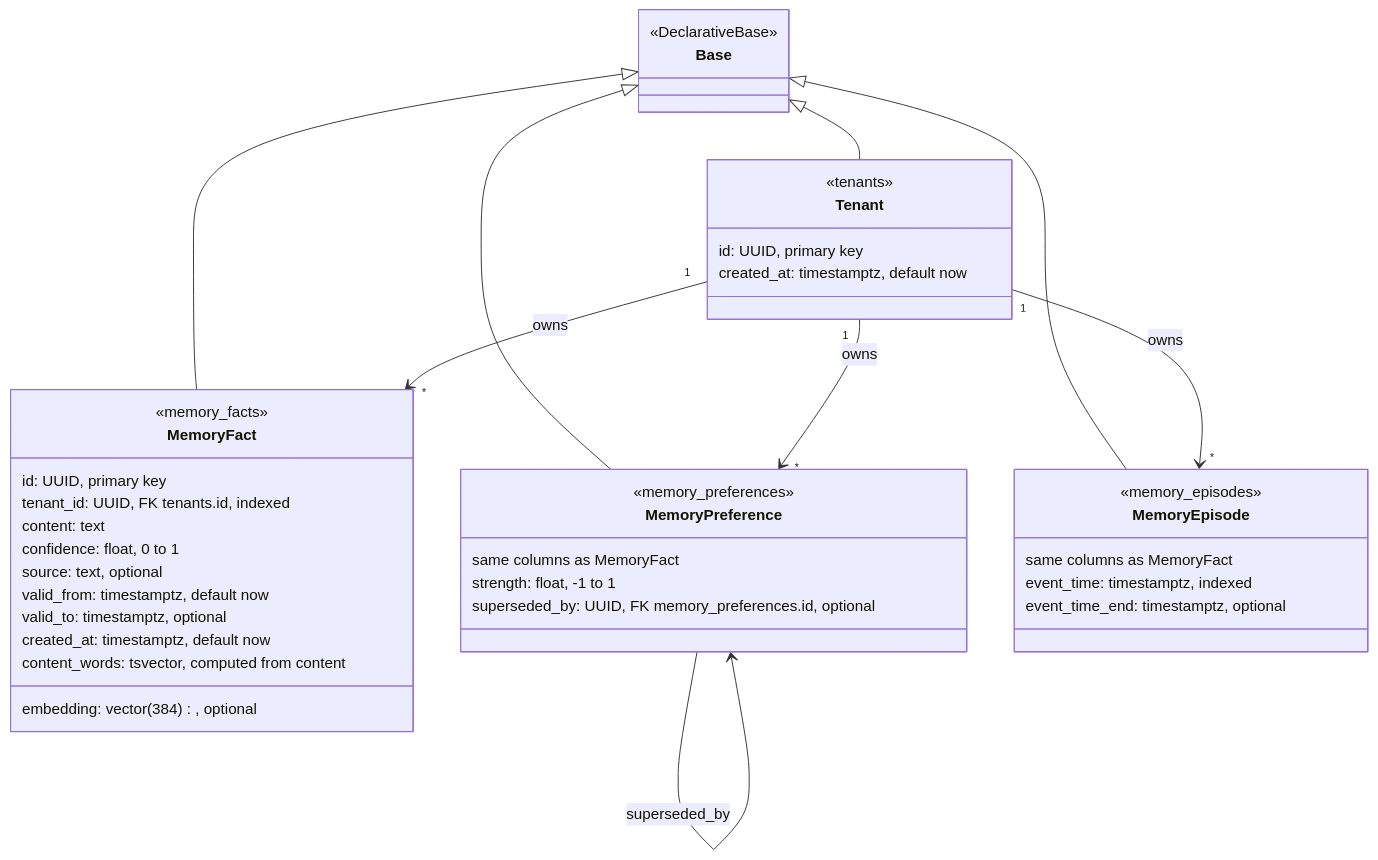
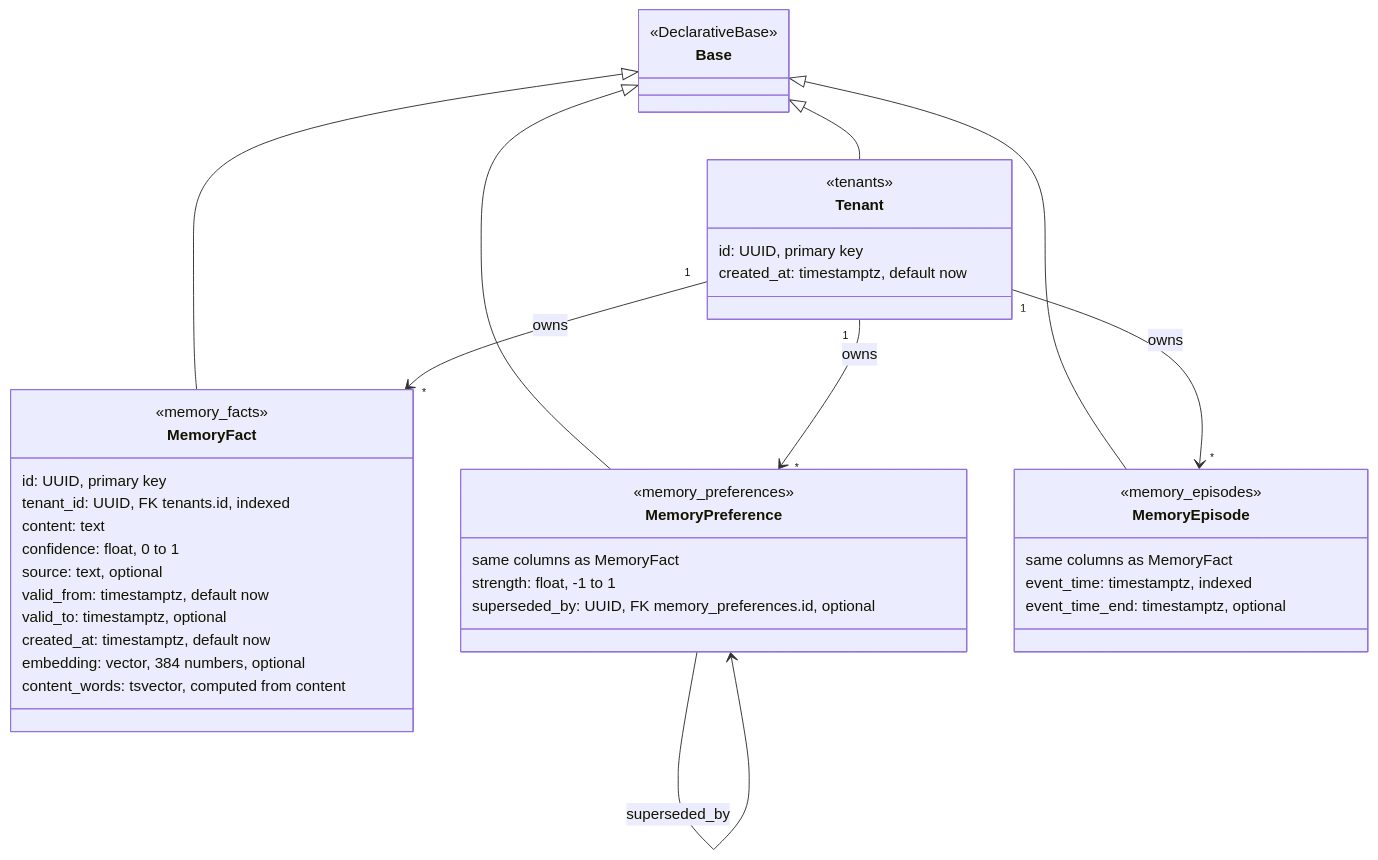
Before and after one commit to ZiadHendawy/mutable: diagram 14 of 23 in docs/design.md, drawn with Mermaid.

Commit message:
M4 task 3: fix the embedding line in the models diagram
Mermaid reads a class member with parentheses as a method, so
"embedding: vector(384), optional" rendered in the methods section as
"embedding: vector(384) : , optional". Written without parentheses, it renders
as a column like the others.

````diff
--- a/docs/design.md
+++ b/docs/design.md
@@ -749,45 +749,45 @@
 ```mermaid
 classDiagram
     direction TB
     class Base {
         <<DeclarativeBase>>
     }
     class Tenant {
         <<tenants>>
         id: UUID, primary key
         created_at: timestamptz, default now
     }
     class MemoryFact {
         <<memory_facts>>
         id: UUID, primary key
         tenant_id: UUID, FK tenants.id, indexed
         content: text
         confidence: float, 0 to 1
         source: text, optional
         valid_from: timestamptz, default now
         valid_to: timestamptz, optional
         created_at: timestamptz, default now
-        embedding: vector(384), optional
+        embedding: vector, 384 numbers, optional
         content_words: tsvector, computed from content
     }
     class MemoryPreference {
         <<memory_preferences>>
         same columns as MemoryFact
         strength: float, -1 to 1
         superseded_by: UUID, FK memory_preferences.id, optional
     }
     class MemoryEpisode {
         <<memory_episodes>>
         same columns as MemoryFact
         event_time: timestamptz, indexed
         event_time_end: timestamptz, optional
     }
     Base <|-- Tenant
     Base <|-- MemoryFact
     Base <|-- MemoryPreference
     Base <|-- MemoryEpisode
     Tenant "1" --> "*" MemoryFact : owns
     Tenant "1" --> "*" MemoryPreference : owns
     Tenant "1" --> "*" MemoryEpisode : owns
     MemoryPreference --> MemoryPreference : superseded_by
 ```
````
